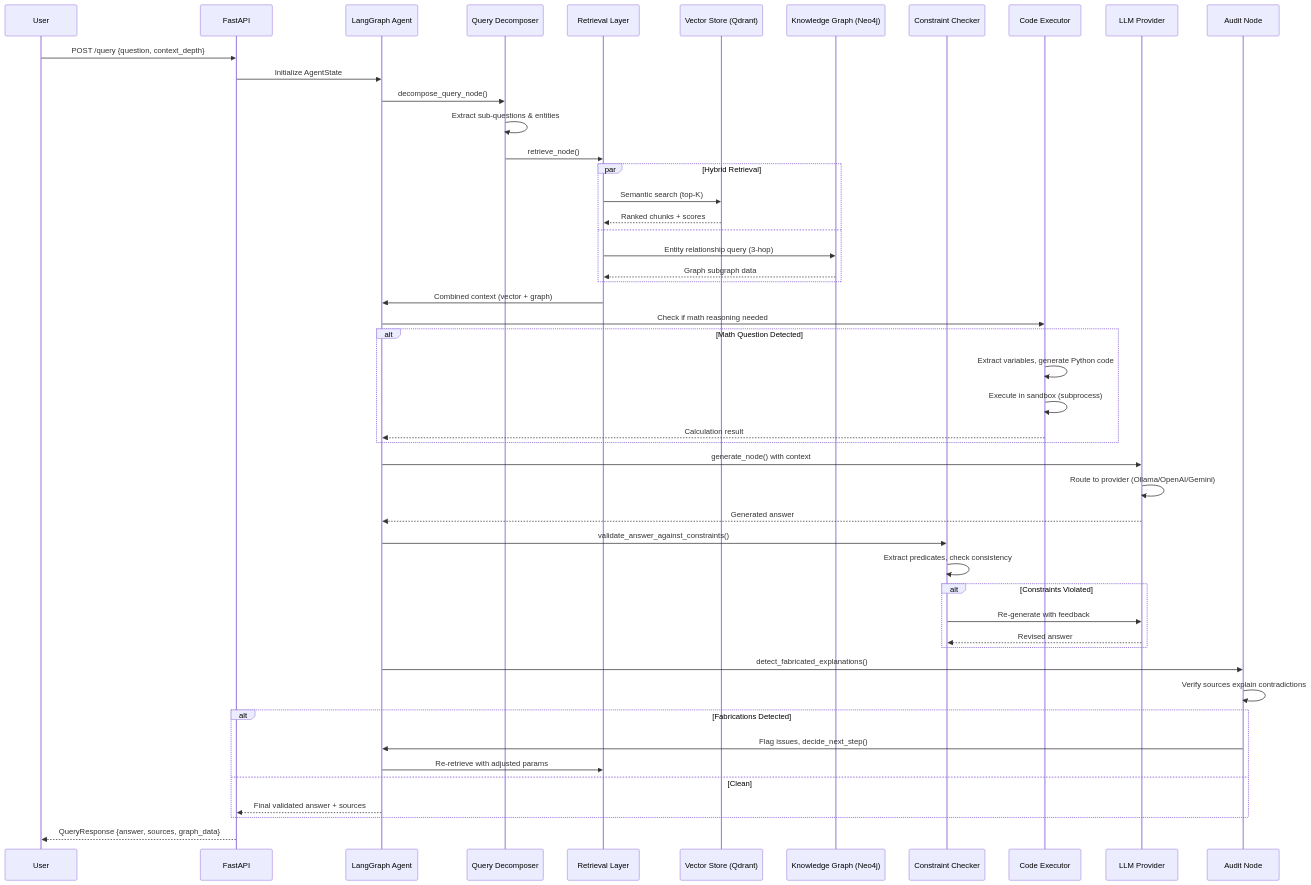
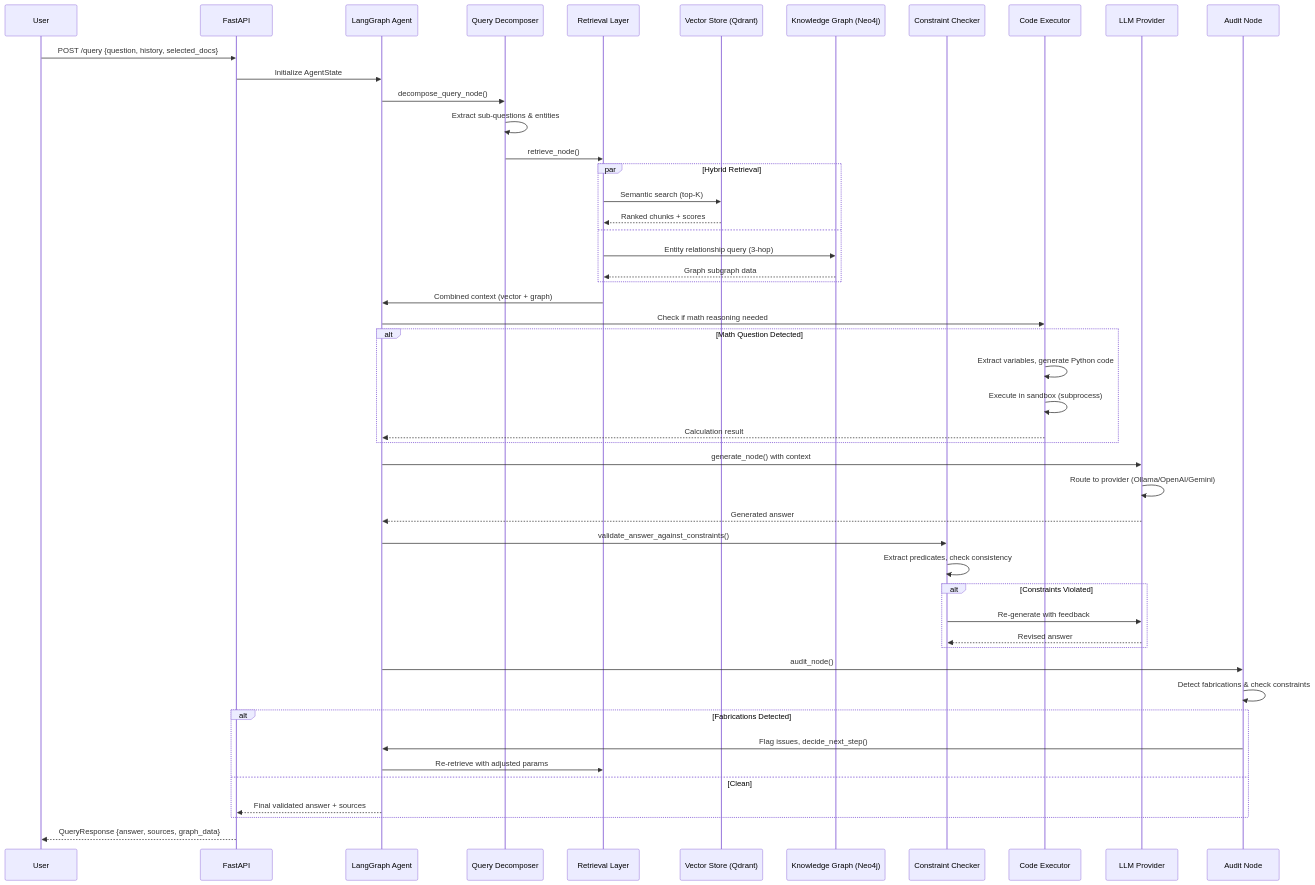
One commit to ashuxtim/DocuMind-AI changed the diagram in README.md. Above: the diagram before and after it, drawn with Mermaid. The commit also changed other lines of this file, not shown here.

Commit message:
Update README with latest architecture details

````diff
--- a/README.md
+++ b/README.md
@@ -89,63 +89,63 @@
 ```mermaid
 sequenceDiagram
     participant User
     participant FastAPI
     participant LangGraph Agent
     participant Query Decomposer
     participant Retrieval Layer
     participant Vector Store (Qdrant)
     participant Knowledge Graph (Neo4j)
     participant Constraint Checker
     participant Code Executor
     participant LLM Provider
     participant Audit Node
     
-    User->>FastAPI: POST /query {question, context_depth}
+    User->>FastAPI: POST /query {question, history, selected_docs}
     FastAPI->>LangGraph Agent: Initialize AgentState
     
     LangGraph Agent->>Query Decomposer: decompose_query_node()
     Query Decomposer->>Query Decomposer: Extract sub-questions & entities
     
     Query Decomposer->>Retrieval Layer: retrieve_node()
     
     par Hybrid Retrieval
         Retrieval Layer->>Vector Store (Qdrant): Semantic search (top-K)
         Vector Store (Qdrant)-->>Retrieval Layer: Ranked chunks + scores
     and
         Retrieval Layer->>Knowledge Graph (Neo4j): Entity relationship query (3-hop)
         Knowledge Graph (Neo4j)-->>Retrieval Layer: Graph subgraph data
     end
     
     Retrieval Layer->>LangGraph Agent: Combined context (vector + graph)
     
     LangGraph Agent->>Code Executor: Check if math reasoning needed
     alt Math Question Detected
         Code Executor->>Code Executor: Extract variables, generate Python code
         Code Executor->>Code Executor: Execute in sandbox (subprocess)
         Code Executor-->>LangGraph Agent: Calculation result
     end
     
     LangGraph Agent->>LLM Provider: generate_node() with context
     LLM Provider->>LLM Provider: Route to provider (Ollama/OpenAI/Gemini)
     LLM Provider-->>LangGraph Agent: Generated answer
     
     LangGraph Agent->>Constraint Checker: validate_answer_against_constraints()
     Constraint Checker->>Constraint Checker: Extract predicates, check consistency
     
     alt Constraints Violated
         Constraint Checker->>LLM Provider: Re-generate with feedback
         LLM Provider-->>Constraint Checker: Revised answer
     end
     
-    LangGraph Agent->>Audit Node: detect_fabricated_explanations()
-    Audit Node->>Audit Node: Verify sources explain contradictions
+    LangGraph Agent->>Audit Node: audit_node()
+    Audit Node->>Audit Node: Detect fabrications & check constraints
     
     alt Fabrications Detected
         Audit Node->>LangGraph Agent: Flag issues, decide_next_step()
         LangGraph Agent->>Retrieval Layer: Re-retrieve with adjusted params
     else Clean
         LangGraph Agent-->>FastAPI: Final validated answer + sources
     end
     
     FastAPI-->>User: QueryResponse {answer, sources, graph_data}
 ```
````
